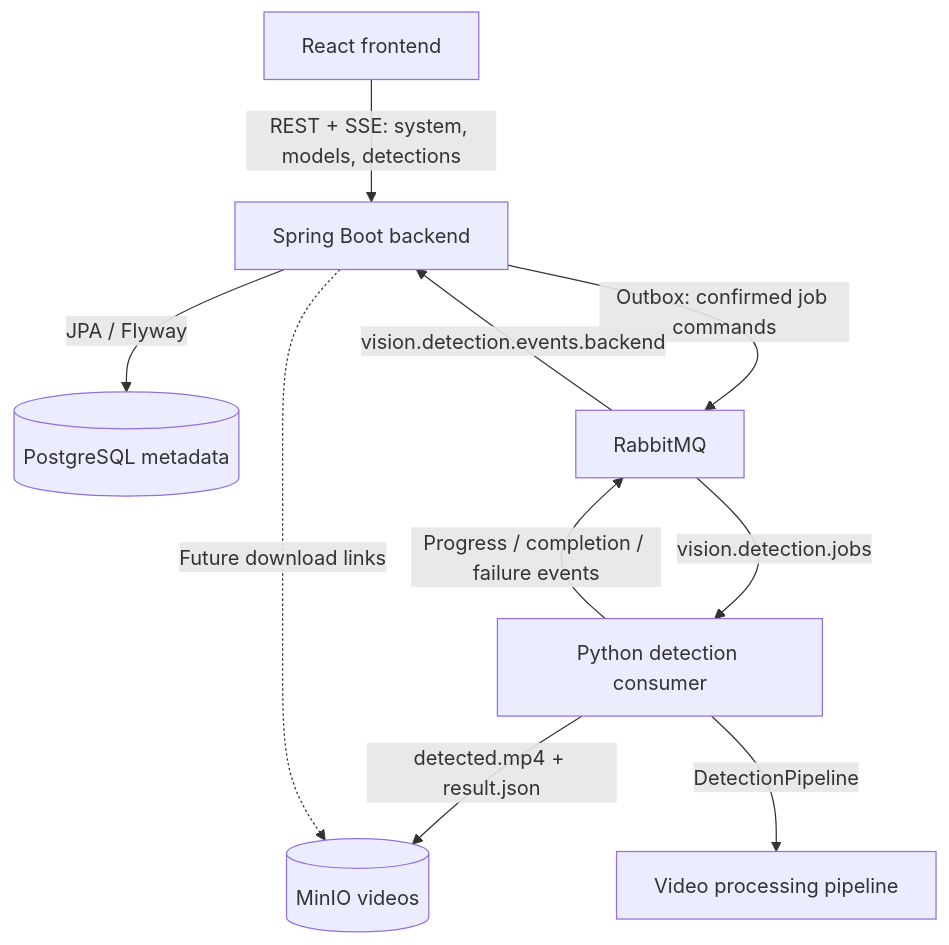
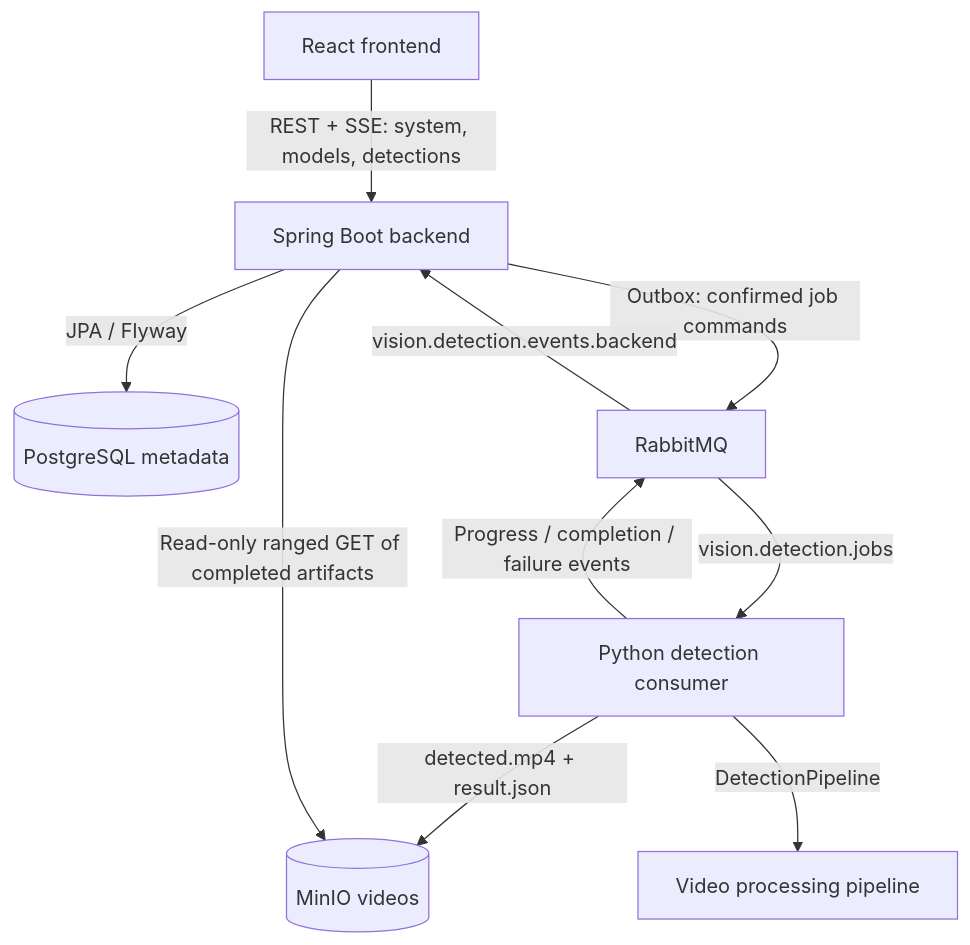
Before and after one commit to huangdat/YOLO-Vision-Studio---AI-Video-Object-Detection-Platform: the diagram in docs/architecture.md, drawn with Mermaid. The commit also changed other lines of this file and 43 other files, not shown here.

````diff
--- a/docs/architecture.md
+++ b/docs/architecture.md
@@ -7,12 +7,12 @@
 ```mermaid
 flowchart TD
     frontend[React frontend] -->|REST + SSE: system, models, detections| backend[Spring Boot backend]
     backend -->|JPA / Flyway| postgres[(PostgreSQL metadata)]
     backend -->|Outbox: confirmed job commands| rabbit[RabbitMQ]
     rabbit -->|vision.detection.jobs| worker[Python detection consumer]
     worker -->|Progress / completion / failure events| rabbit
     rabbit -->|vision.detection.events.backend| backend
     worker -->|detected.mp4 + result.json| minio[(MinIO videos)]
     worker -->|DetectionPipeline| pipeline[Video processing pipeline]
-    backend -.->|Future download links| minio
+    backend -->|Read-only ranged GET of completed artifacts| minio
 ```
````
